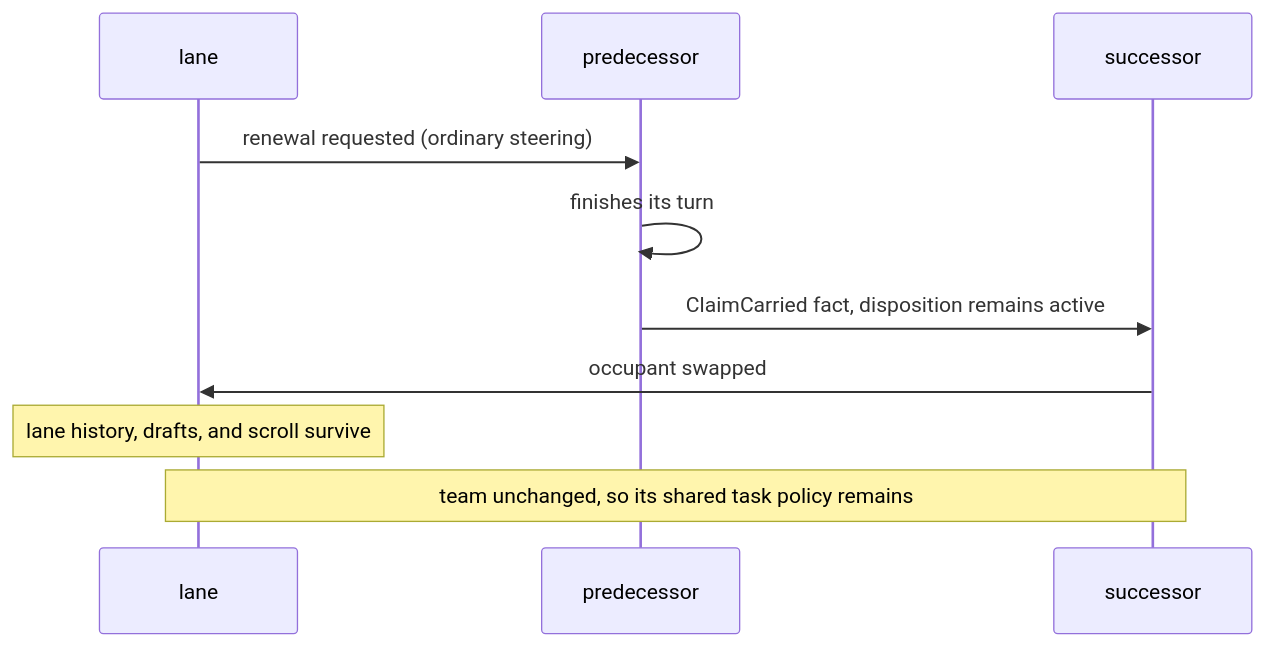
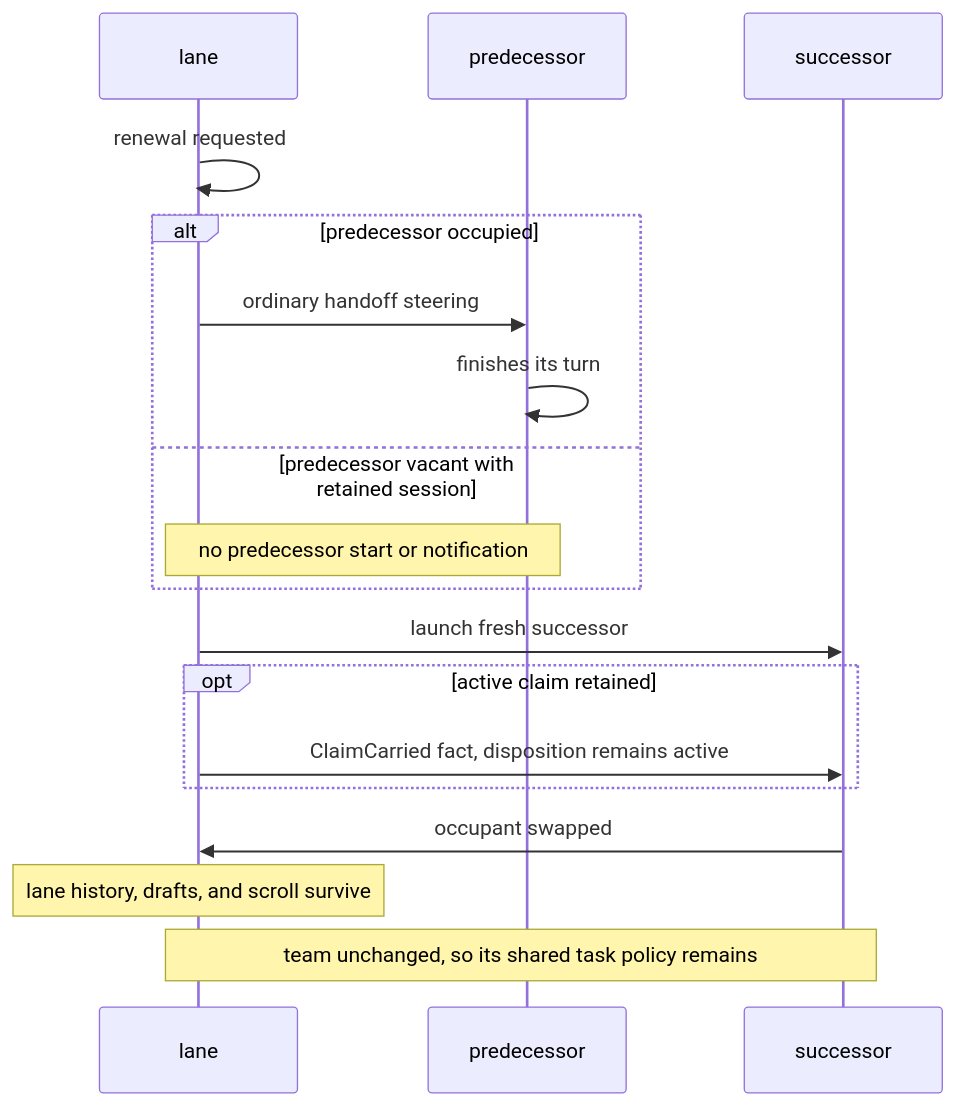
One commit to infimalabs/spice-rust changed the fifth of 6 diagrams in docs/product/model/failures.md. Above: the diagram before and after it, drawn with Mermaid. The commit also changed 7 other files, not shown here.

Commit message:
Allow vacant lanes to renew without waking the predecessor

````diff
--- a/docs/product/model/failures.md
+++ b/docs/product/model/failures.md
@@ -129,12 +129,20 @@
 ```mermaid
 sequenceDiagram
   participant L as lane
   participant P as predecessor
   participant N as successor
-  L->>P: renewal requested (ordinary steering)
-  P->>P: finishes its turn
-  P->>N: ClaimCarried fact, disposition remains active
+  L->>L: renewal requested
+  alt predecessor occupied
+    L->>P: ordinary handoff steering
+    P->>P: finishes its turn
+  else predecessor vacant with retained session
+    Note over L,P: no predecessor start or notification
+  end
+  L->>N: launch fresh successor
+  opt active claim retained
+    L->>N: ClaimCarried fact, disposition remains active
+  end
   N->>L: occupant swapped
   Note over L: lane history, drafts, and scroll survive
   Note over L,N: team unchanged, so its shared task policy remains
 ```
````
